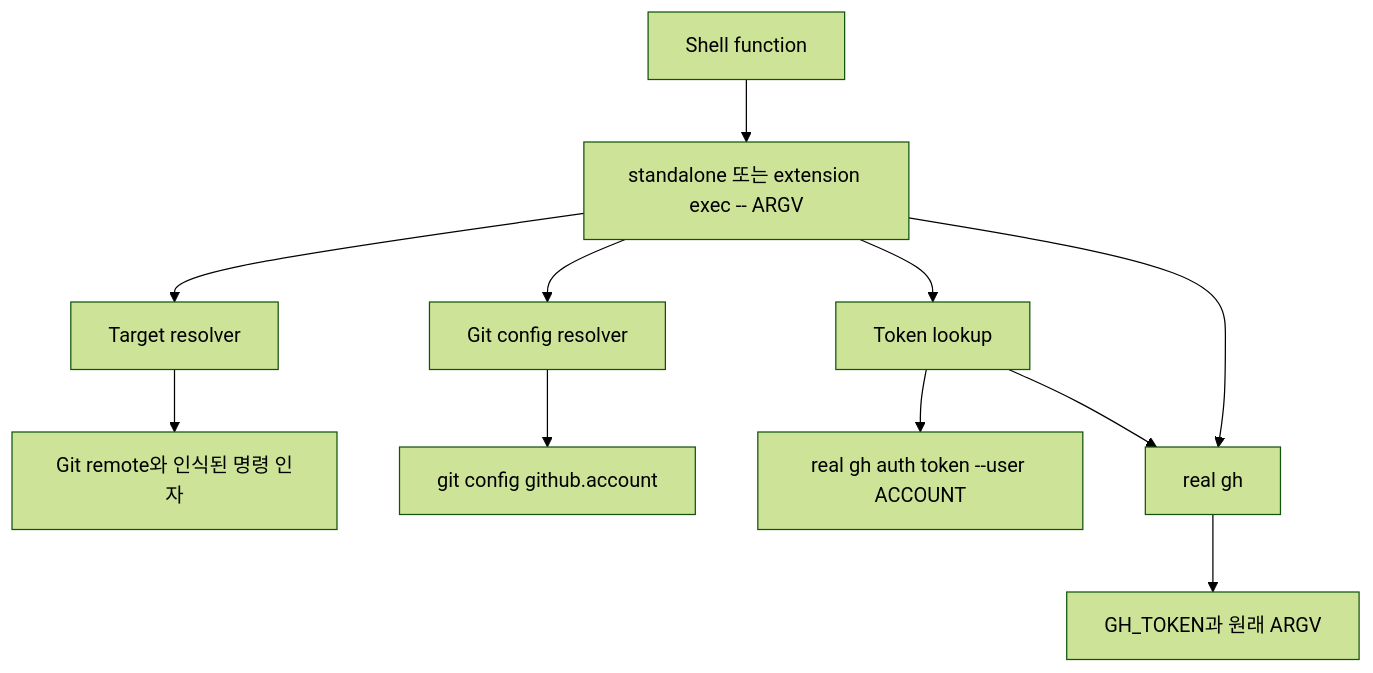
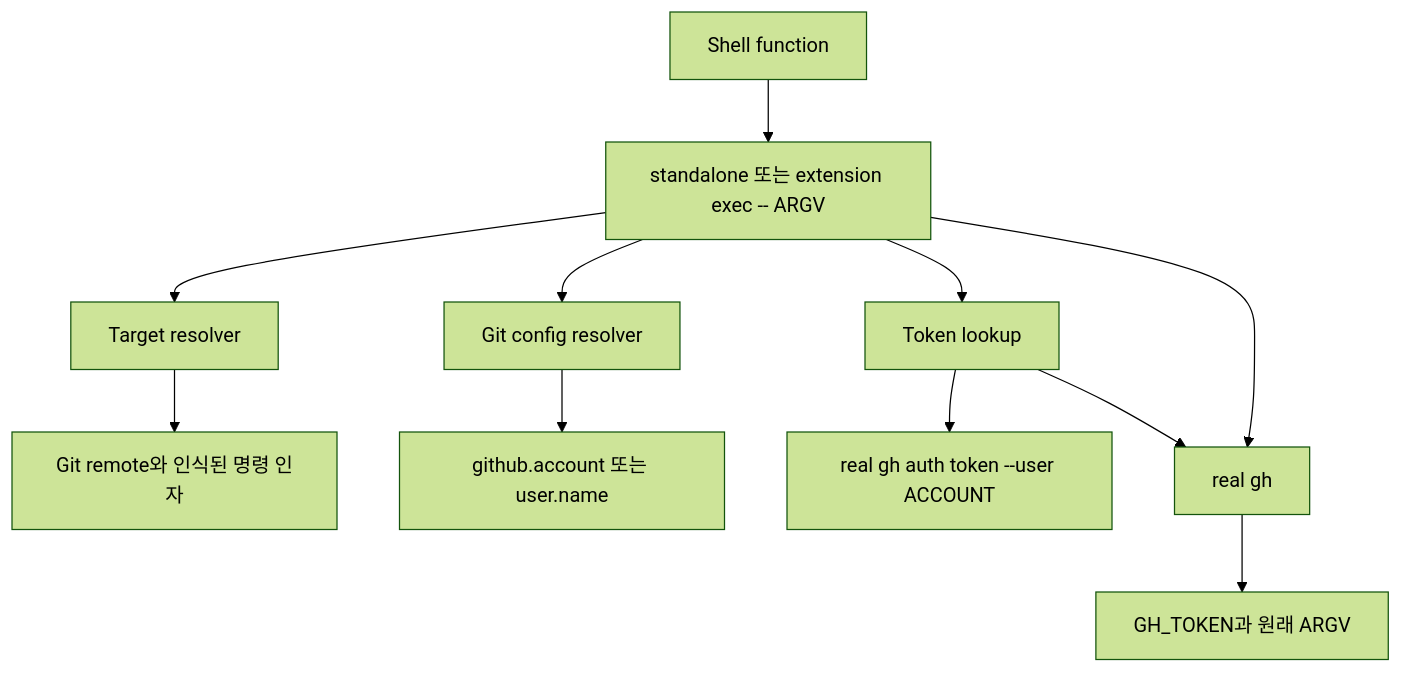
Before and after one commit to beomjungil/gh-auto-switcher: the diagram in docs/ko/architecture.md, drawn with Mermaid (forest theme). The commit also changed other lines of this file and 12 other files, not shown here.

Commit message:
fix: use Git user.name as authenticated account fallback

````diff
--- a/docs/ko/architecture.md
+++ b/docs/ko/architecture.md
@@ -19,13 +19,13 @@
 ```mermaid
 flowchart TD
     shell["Shell function"] --> launcher["standalone 또는 extension exec -- ARGV"]
     launcher --> target["Target resolver"]
     target --> signals["Git remote와 인식된 명령 인자"]
     launcher --> config["Git config resolver"]
-    config --> account["git config github.account"]
+    config --> account["github.account 또는 user.name"]
     launcher --> lookup["Token lookup"]
     lookup --> auth["real gh auth token --user ACCOUNT"]
     launcher --> realgh["real gh"]
     lookup --> realgh
     realgh --> env["GH_TOKEN과 원래 ARGV"]
 ```
````
